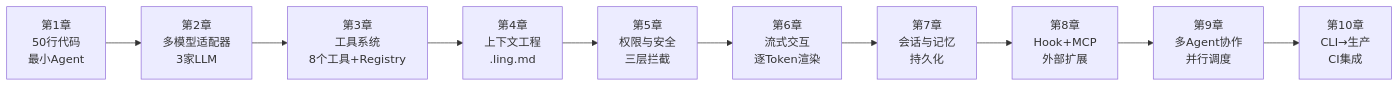
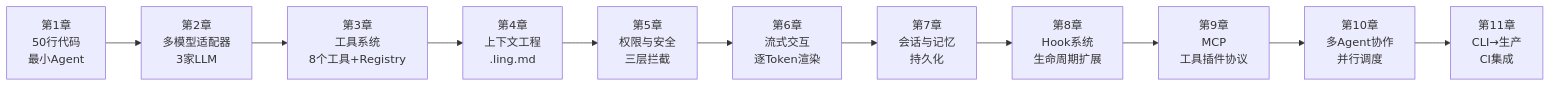
The diagram in book/00-preface/README.md (secreter/ling-agent), drawn with Mermaid before and after one commit. The commit also changed other lines of this file and 35 other files, not shown here.

````diff
--- a/book/00-preface/README.md
+++ b/book/00-preface/README.md
@@ -308,12 +309,13 @@
 ```mermaid
 graph LR
   C1["第1章<br/>50行代码<br/>最小Agent"] --> C2["第2章<br/>多模型适配器<br/>3家LLM"]
   C2 --> C3["第3章<br/>工具系统<br/>8个工具+Registry"]
   C3 --> C4["第4章<br/>上下文工程<br/>.ling.md"]
   C4 --> C5["第5章<br/>权限与安全<br/>三层拦截"]
   C5 --> C6["第6章<br/>流式交互<br/>逐Token渲染"]
   C6 --> C7["第7章<br/>会话与记忆<br/>持久化"]
-  C7 --> C8["第8章<br/>Hook+MCP<br/>外部扩展"]
-  C8 --> C9["第9章<br/>多Agent协作<br/>并行调度"]
-  C9 --> C10["第10章<br/>CLI→生产<br/>CI集成"]
+  C7 --> C8["第8章<br/>Hook系统<br/>生命周期扩展"]
+  C8 --> C9["第9章<br/>MCP<br/>工具插件协议"]
+  C9 --> C10["第10章<br/>多Agent协作<br/>并行调度"]
+  C10 --> C11["第11章<br/>CLI→生产<br/>CI集成"]
 ```
````
